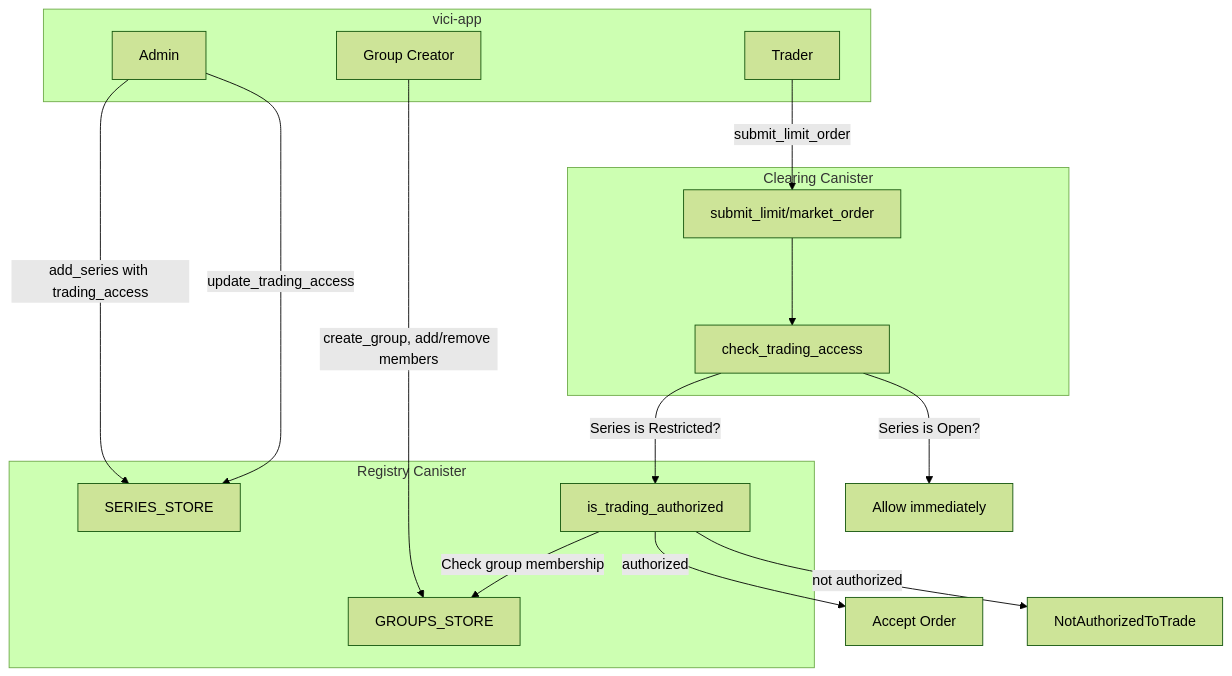
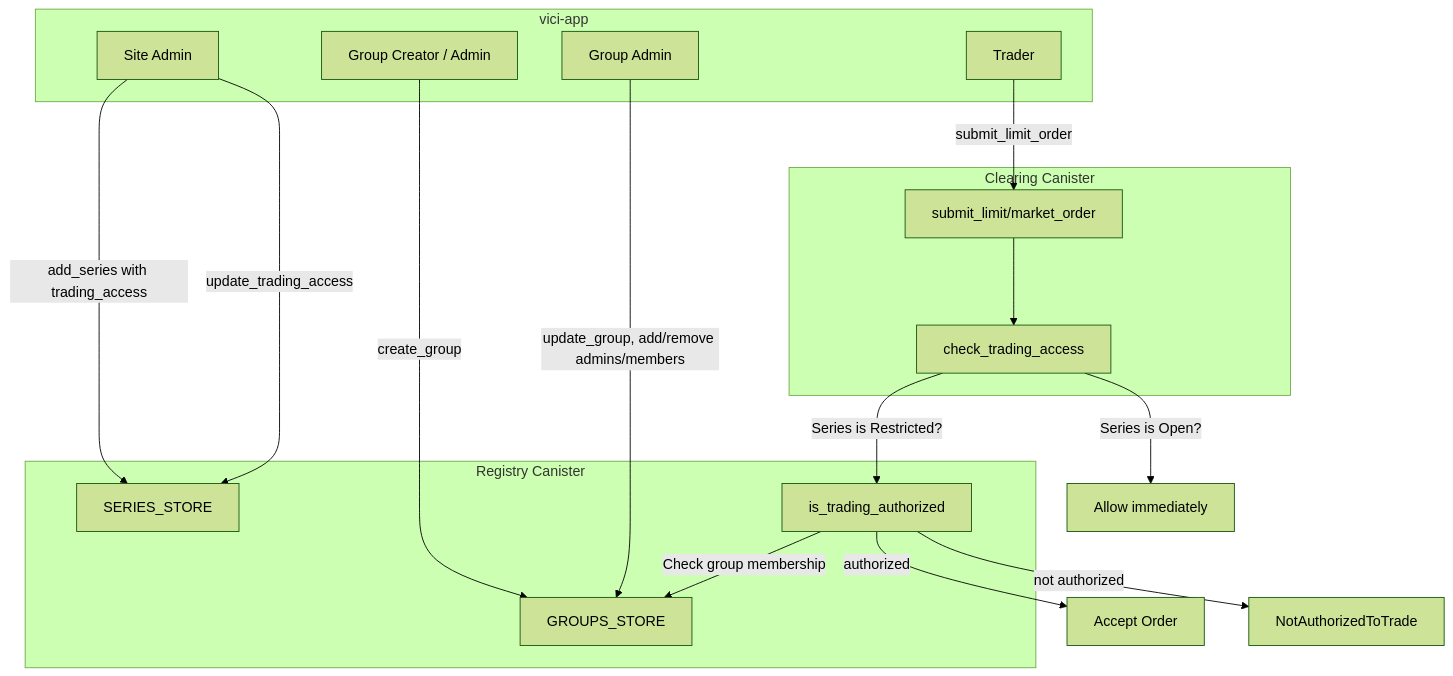
Before and after one commit to AntonioVentilii/icdc-core: the first of 2 diagrams in docs/architecture/closed-circles.md, drawn with Mermaid (forest theme). The commit also changed other lines of this file and 12 other files, not shown here.

Commit message:
feat: Group admin

````diff
--- a/docs/architecture/closed-circles.md
+++ b/docs/architecture/closed-circles.md
@@ -13,30 +13,32 @@
 ```mermaid
 flowchart TD
     subgraph app [vici-app]
-        GroupCreatorUser["Group Creator"]
-        Admin["Admin"]
+        GroupCreatorUser["Group Creator / Admin"]
+        GroupAdmin["Group Admin"]
+        SiteAdmin["Site Admin"]
         Trader["Trader"]
     end
 
     subgraph registry [Registry Canister]
         GroupsStore["GROUPS_STORE"]
         SeriesStore["SERIES_STORE"]
         AuthCheck["is_trading_authorized"]
     end
 
     subgraph clearing [Clearing Canister]
         OrderSubmit["submit_limit/market_order"]
         AccessGate["check_trading_access"]
     end
 
-    GroupCreatorUser -->|"create_group, add/remove members"| GroupsStore
-    Admin -->|"add_series with trading_access"| SeriesStore
-    Admin -->|"update_trading_access"| SeriesStore
+    GroupCreatorUser -->|"create_group"| GroupsStore
+    GroupAdmin -->|"update_group, add/remove admins/members"| GroupsStore
+    SiteAdmin -->|"add_series with trading_access"| SeriesStore
+    SiteAdmin -->|"update_trading_access"| SeriesStore
     Trader -->|"submit_limit_order"| OrderSubmit
     OrderSubmit --> AccessGate
     AccessGate -->|"Series is Open?"| SkipCheck["Allow immediately"]
     AccessGate -->|"Series is Restricted?"| AuthCheck
     AuthCheck -->|"Check group membership"| GroupsStore
     AuthCheck -->|"authorized"| AllowTrade["Accept Order"]
     AuthCheck -->|"not authorized"| RejectTrade["NotAuthorizedToTrade"]
 ```
````
